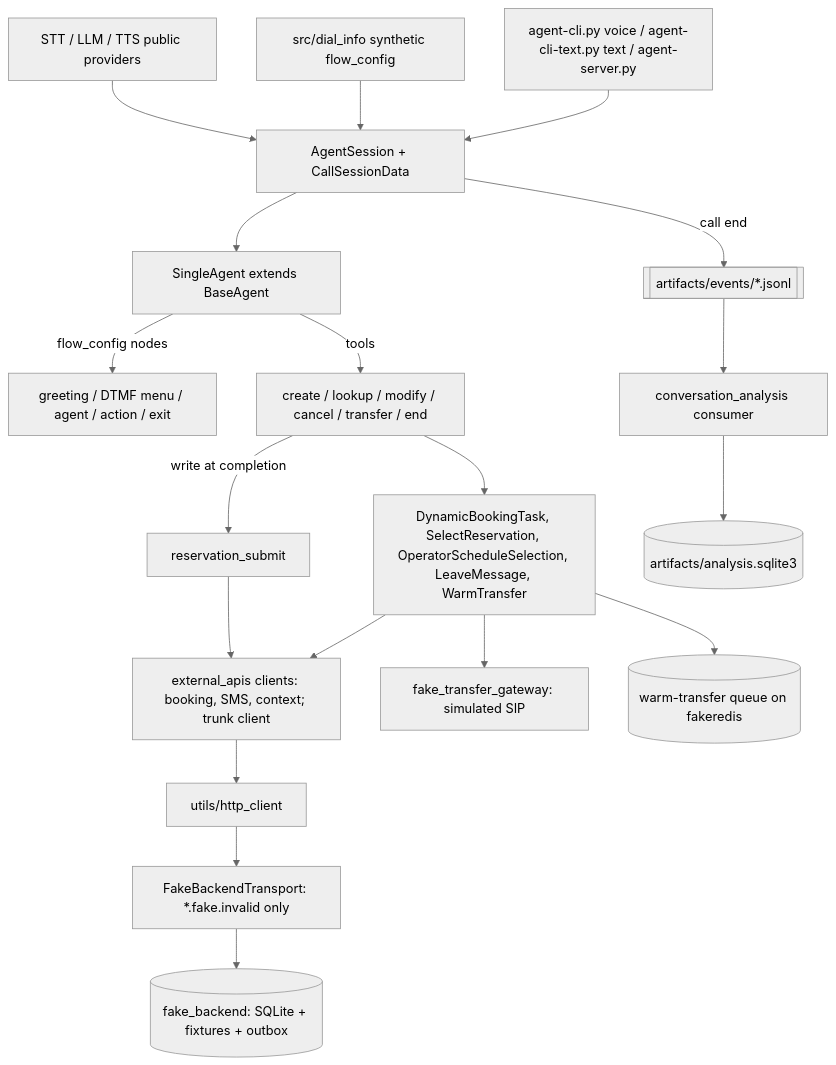
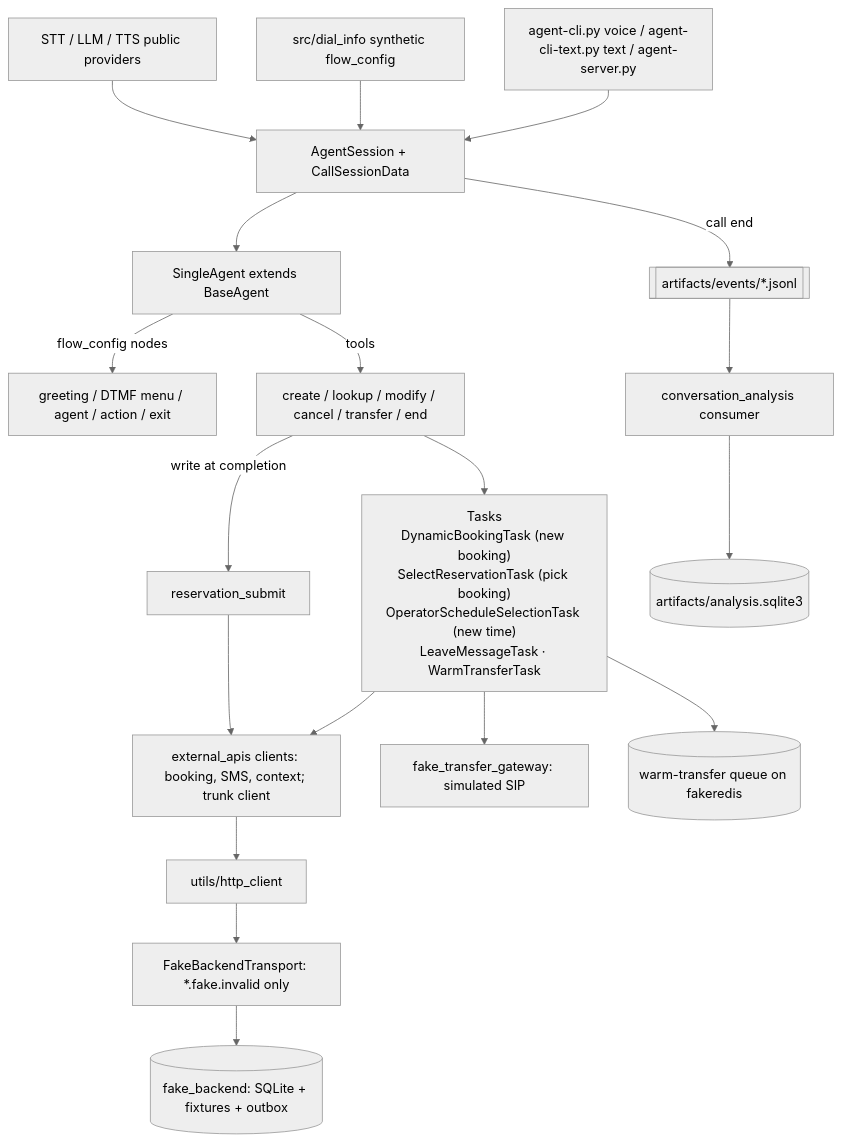
Before and after one commit to kofsitho87/service-center-voice-agent: the diagram in docs/architecture.md, drawn with Mermaid (neutral theme). The commit also changed 110 other files, not shown here.

````diff
--- a/docs/architecture.md
+++ b/docs/architecture.md
@@ -3,21 +3,21 @@
 ```mermaid
 flowchart TD
     ENTRY[agent-cli.py voice / agent-cli-text.py text / agent-server.py] --> SESSION[AgentSession + CallSessionData]
     CONFIG[src/dial_info synthetic flow_config] --> SESSION
     MODELS[STT / LLM / TTS public providers] --> SESSION
     SESSION --> SINGLE[SingleAgent extends BaseAgent]
     SINGLE -->|flow_config nodes| FLOW[greeting / DTMF menu / agent / action / exit]
     SINGLE -->|tools| TOOLS[create / lookup / modify / cancel / transfer / end]
-    TOOLS --> TASKS[DynamicBookingTask, SelectReservation, OperatorScheduleSelection, LeaveMessage, WarmTransfer]
+    TOOLS --> TASKS["Tasks<br/>DynamicBookingTask (new booking)<br/>SelectReservationTask (pick booking)<br/>OperatorScheduleSelectionTask (new time)<br/>LeaveMessageTask · WarmTransferTask"]
     TASKS --> CLIENTS[external_apis clients: booking, SMS, context; trunk client]
     TOOLS -->|write at completion| SUBMIT[reservation_submit]
     SUBMIT --> CLIENTS
     CLIENTS --> HTTP[utils/http_client]
     HTTP --> TRANSPORT[FakeBackendTransport: *.fake.invalid only]
     TRANSPORT --> FAKE[(fake_backend: SQLite + fixtures + outbox)]
     TASKS --> GATEWAY[fake_transfer_gateway: simulated SIP]
     TASKS --> QUEUE[(warm-transfer queue on fakeredis)]
     SESSION -->|call end| EVENTS[[artifacts/events/*.jsonl]]
     EVENTS --> ANALYSIS[conversation_analysis consumer]
     ANALYSIS --> ADB[(artifacts/analysis.sqlite3)]
 ```
````
